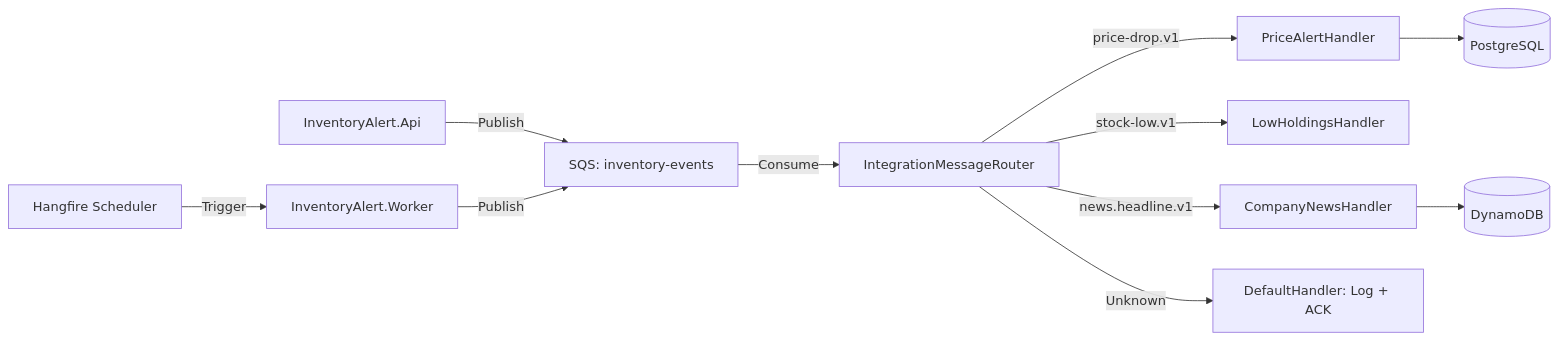
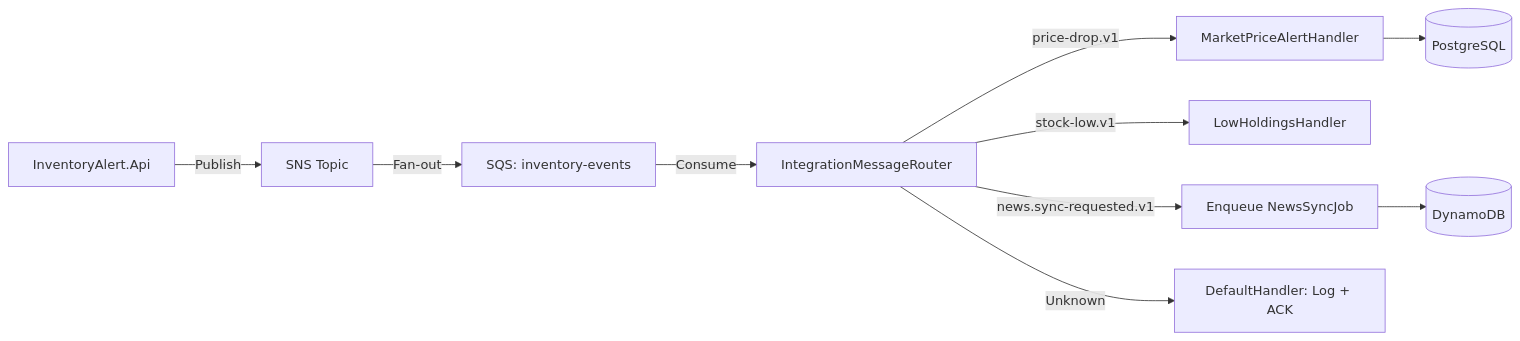
The third of 3 diagrams in InventoryAlert.Wiki/docs/02-architecture-techstack/microservice-components.md (nhonvo/InvestManagementSystem), drawn with Mermaid before and after one commit. The commit also changed other lines of this file and 69 other files, not shown here.

````diff
--- a/InventoryAlert.Wiki/docs/02-architecture-techstack/microservice-components.md
+++ b/InventoryAlert.Wiki/docs/02-architecture-techstack/microservice-components.md
@@ -77,13 +73,12 @@
 ```mermaid
 flowchart LR
-    API["InventoryAlert.Api"] -->|Publish| SQS["SQS: inventory-events"]
-    HF["Hangfire Scheduler"] -->|Trigger| Worker["InventoryAlert.Worker"]
-    Worker -->|Publish| SQS
+    API["InventoryAlert.Api"] -->|Publish| SNS["SNS Topic"]
+    SNS -->|Fan-out| SQS["SQS: inventory-events"]
     SQS -->|Consume| Router["IntegrationMessageRouter"]
-    Router -->|price-drop.v1| PriceHandler["PriceAlertHandler"]
+    Router -->|price-drop.v1| PriceHandler["MarketPriceAlertHandler"]
     Router -->|stock-low.v1| HoldingsHandler["LowHoldingsHandler"]
-    Router -->|news.headline.v1| NewsHandler["CompanyNewsHandler"]
+    Router -->|news.sync-requested.v1| NewsHandler["Enqueue NewsSyncJob"]
     Router -->|Unknown| DefaultHandler["DefaultHandler: Log + ACK"]
     PriceHandler --> DB[("PostgreSQL")]
     NewsHandler --> DDB[("DynamoDB")]
 ```
````
